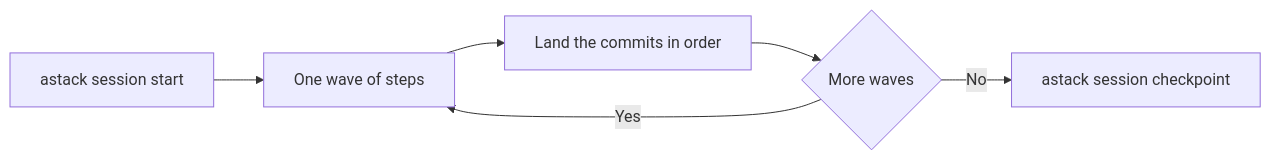
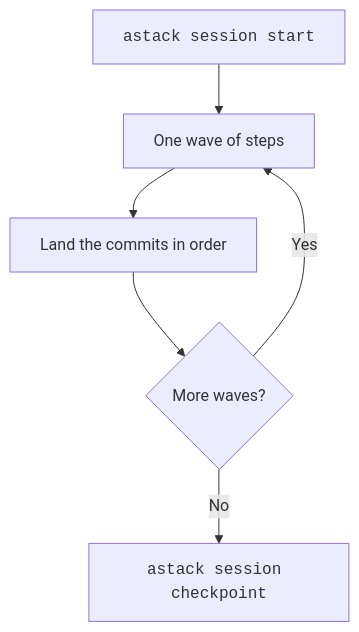
The diagram in docs/charts/session-waves.mmd (vahaah/astack), drawn with Mermaid before and after one commit. The commit also changed 16 other files, not shown here.

First line of the commit message:
docs: rewrite README and CONTRIBUTING, theme-aware charts and hero (#5)

```diff
--- a/docs/charts/session-waves.mmd
+++ b/docs/charts/session-waves.mmd
@@ -1,6 +1,8 @@
-flowchart LR
+flowchart TB
   startNode["astack session start"] --> wave[One wave of steps]
   wave --> land[Land the commits in order]
-  land --> more{More waves}
+  land --> more{More waves?}
   more -->|Yes| wave
   more -->|No| point["astack session checkpoint"]
+  classDef cmd font-family:monospace
+  class startNode,point cmd
```
